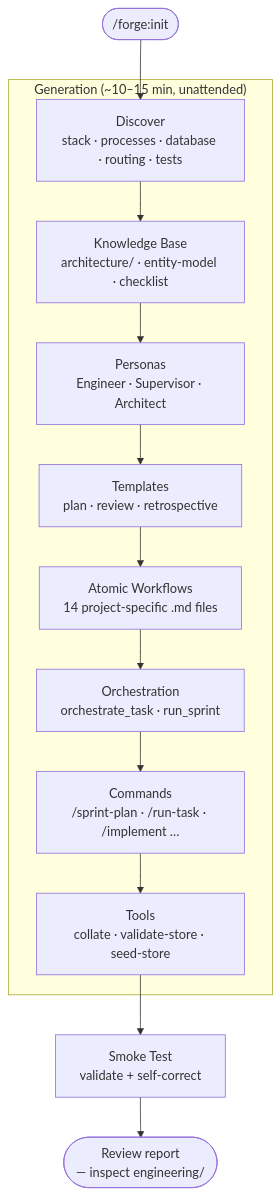
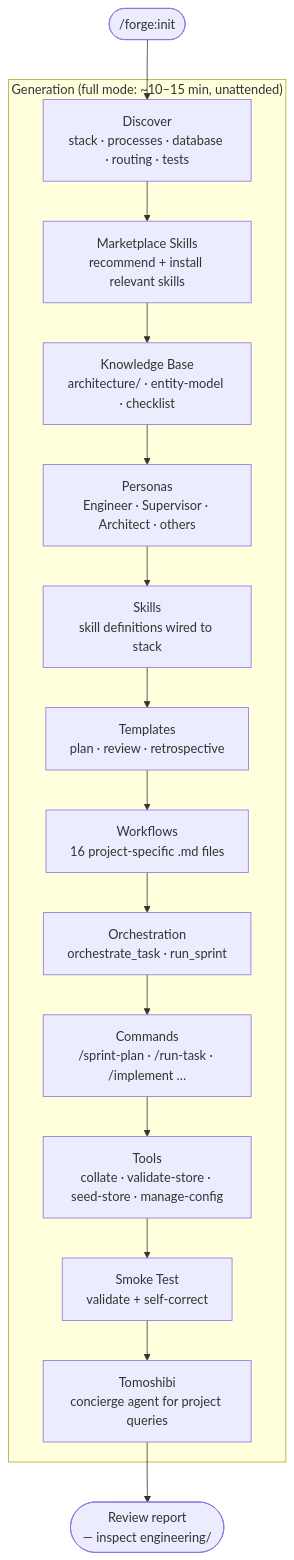
Before and after one commit to Entelligentsia/forge: the first of 4 diagrams in docs/existing-project.md, drawn with Mermaid. The commit also changed other lines of this file and 30 other files, not shown here.

````diff
--- a/docs/existing-project.md
+++ b/docs/existing-project.md
@@ -11,18 +11,21 @@
 ```mermaid
 flowchart TD
     A([/forge:init]) --> B
 
-    subgraph gen["Generation  (~10–15 min, unattended)"]
-        B[Discover\nstack · processes · database · routing · tests] --> C
+    subgraph gen["Generation  (full mode: ~10–15 min, unattended)"]
+        B[Discover\nstack · processes · database · routing · tests] --> B2
+        B2[Marketplace Skills\nrecommend + install relevant skills] --> C
         C[Knowledge Base\narchitecture/ · entity-model · checklist] --> D
-        D[Personas\nEngineer · Supervisor · Architect] --> E
+        D[Personas\nEngineer · Supervisor · Architect · others] --> D2
+        D2[Skills\nskill definitions wired to stack] --> E
         E[Templates\nplan · review · retrospective] --> F
-        F[Atomic Workflows\n14 project-specific .md files] --> G
+        F[Workflows\n16 project-specific .md files] --> G
         G[Orchestration\norchestrate_task · run_sprint] --> H
         H[Commands\n/sprint-plan · /run-task · /implement …] --> I
-        I[Tools\ncollate · validate-store · seed-store]
+        I[Tools\ncollate · validate-store · seed-store · manage-config] --> J
+        J[Smoke Test\nvalidate + self-correct] --> T
+        T[Tomoshibi\nconcierge agent for project queries]
     end
 
-    I --> J[Smoke Test\nvalidate + self-correct]
-    J --> K([Review report\n— inspect engineering/])
+    T --> K([Review report\n— inspect engineering/])
 ```
````
